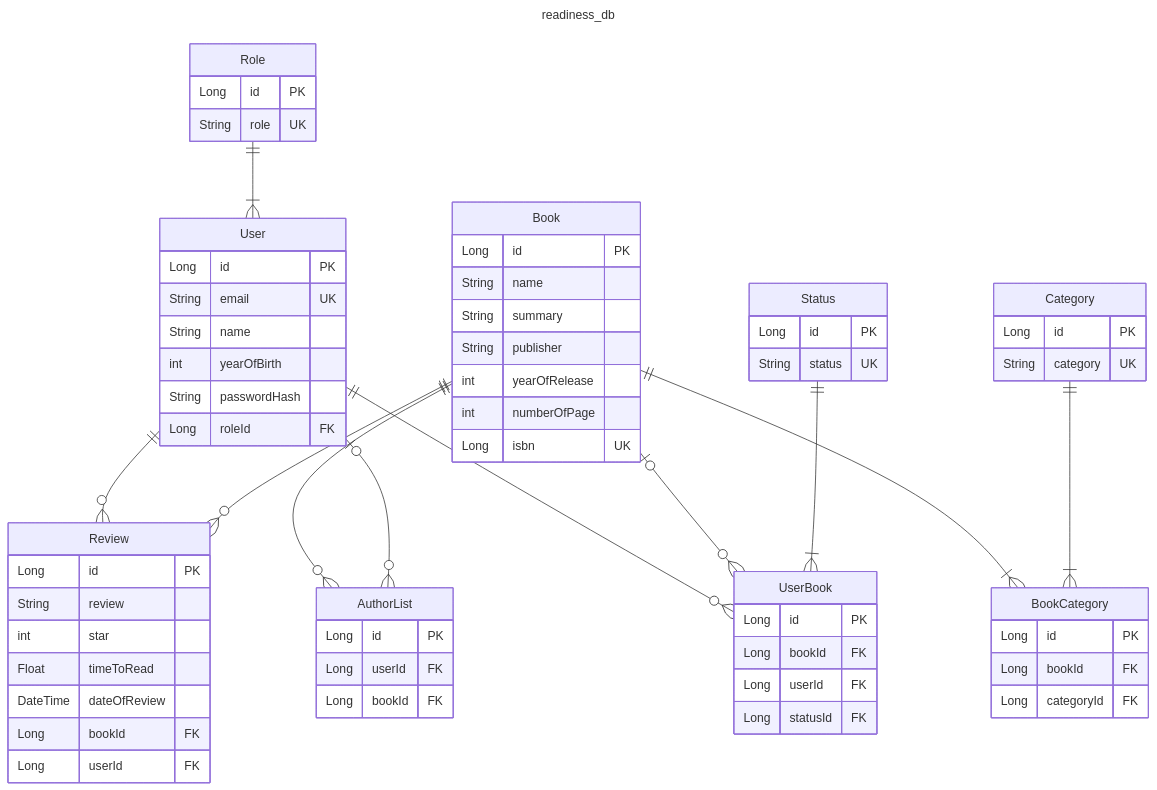
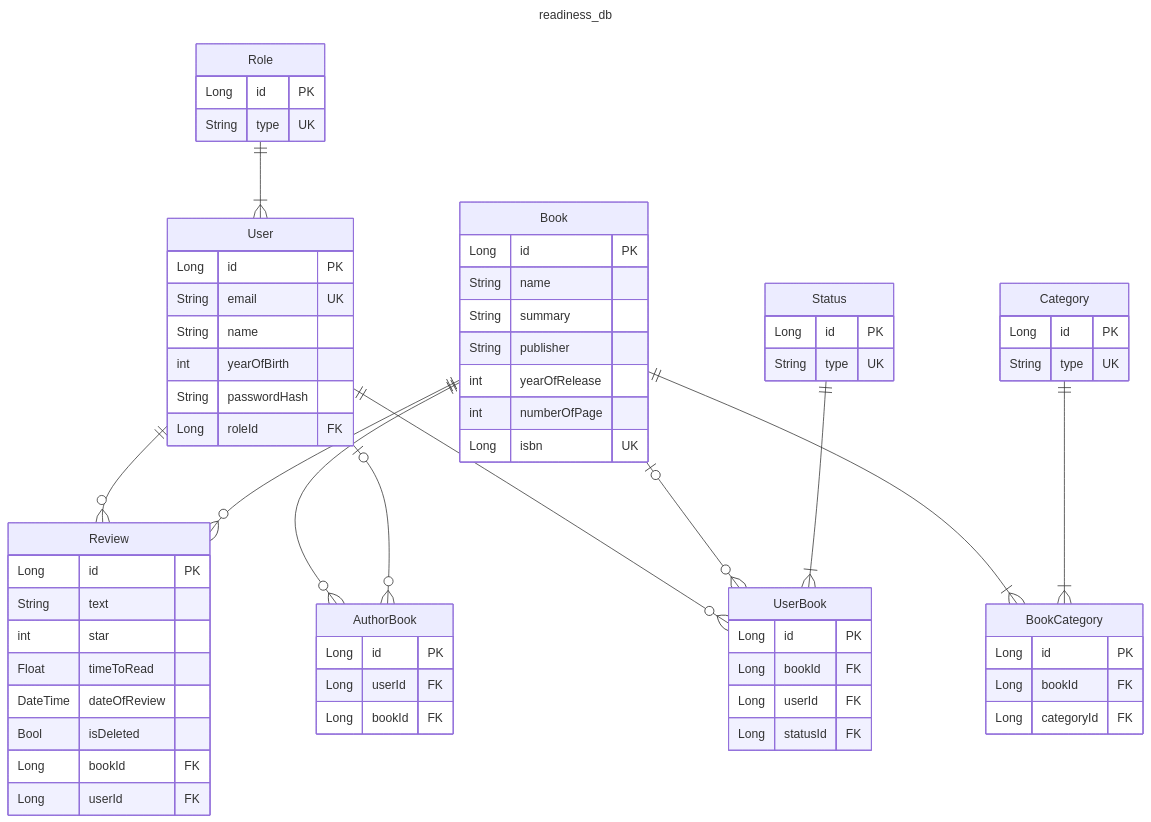
Before and after one commit to MiguelFerreira18/Readiness: the diagram in uml/db.mmd, drawn with Mermaid. The commit also changed 8 other files, not shown here.

Commit message:
fix: UML/ERD and props in entities which were missing

```diff
--- a/uml/db.mmd
+++ b/uml/db.mmd
@@ -1,71 +1,72 @@
 ---
 title: readiness_db
 ---
 erDiagram
 
         Role ||--|{ User : ""
         User ||--o{ Review : ""
         Book ||--o{ Review : "" 
         Book ||--|{ BookCategory : ""
         Category ||--|{ BookCategory : ""
-        Book ||--o{ AuthorList : ""
-        User |o--o{ AuthorList : ""
+        Book ||--o{ AuthorBook : ""
+        User |o--o{ AuthorBook : ""
         User ||--o{ UserBook : ""
         Book |o--o{ UserBook : ""
         Status ||--|{ UserBook : ""
 
         Role{
           Long id PK
-          String role UK 
+          String type UK 
         }
         Category{
           Long id PK
-          String category UK 
+          String type UK 
         }
         Status {
           Long id PK
-          String status UK 
+          String type UK 
         }
         User{
           Long id PK
           String email UK
           String name
           int yearOfBirth
           String passwordHash
           Long roleId FK
         }
         Review{
           Long id PK
-          String review
+          String text
           int star
           Float timeToRead
           DateTime dateOfReview
+          Bool isDeleted
           Long bookId FK
           Long userId FK
         }
         Book{
           Long id PK
           String name
           String summary
           String publisher
           int yearOfRelease
           int numberOfPage
           Long isbn UK
         }
         BookCategory{
           Long id PK
           Long bookId FK
           Long categoryId FK
         }
         UserBook{
           Long id PK
           Long bookId FK
           Long userId FK
           Long statusId FK
         }
 
-        AuthorList {
+        AuthorBook {
           Long id PK
           Long userId FK
           Long bookId FK
         }
```
